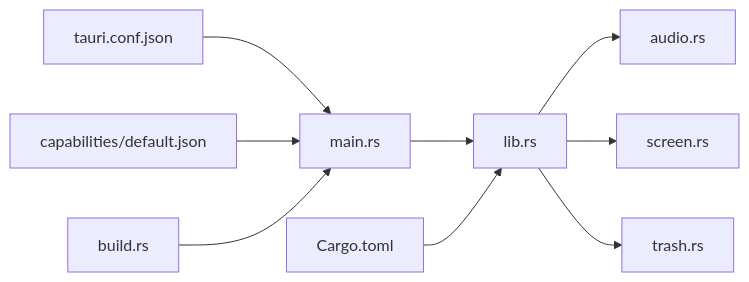
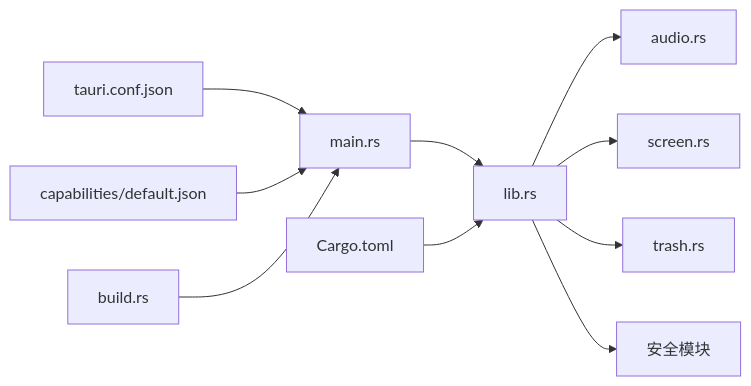
One commit to Wumiu/Petra changed the fifth of 5 diagrams in .qoder/repowiki/zh/content/系统集成/Tauri后端核心.md. Above: the diagram before and after it, drawn with Mermaid. The commit also changed other lines of this file and 45 other files, not shown here.

````diff
--- a/.qoder/repowiki/zh/content/系统集成/Tauri后端核心.md
+++ b/.qoder/repowiki/zh/content/系统集成/Tauri后端核心.md
@@ -251,11 +302,12 @@
 ```mermaid
 graph LR
 M["main.rs"] --> L["lib.rs"]
 L --> A["audio.rs"]
 L --> S["screen.rs"]
 L --> T["trash.rs"]
+L --> SEC["安全模块"]
 C["tauri.conf.json"] --> M
 P["capabilities/default.json"] --> M
 B["build.rs"] --> M
 D["Cargo.toml"] --> L
 ```
````
